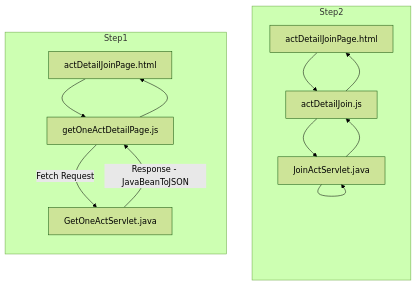
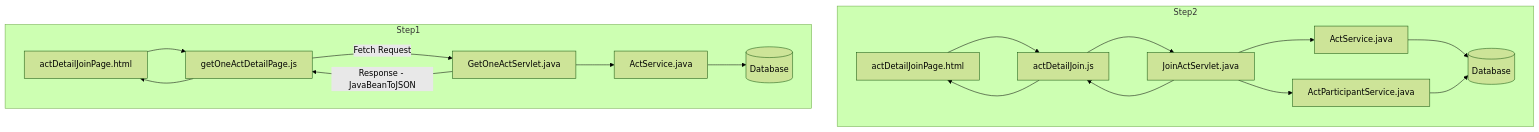
One commit to TLexYuW/CGA103G1OwnPart changed the sixth of 11 diagrams in README.md. Above: the diagram before and after it, drawn with Mermaid (forest theme).

Commit message:
LexVaultBackup: 2022-09-12 16:33:34
Affected files:
README.md

````diff
--- a/README.md
+++ b/README.md
@@ -156,12 +156,14 @@
 ```mermaid
-graph BT
+graph 
 	subgraph Step2
-	aDJP2[actDetailJoinPage.html ] --> aDJ2[actDetailJoin.js] --> JAS[JoinActServlet.java] -->
+	aDJP2[actDetailJoinPage.html ] --> aDJ2[actDetailJoin.js] --> JAS[JoinActServlet.java] --> AS2[ActService.java] --> DB2[(Database)]
+	JAS --> APS[ActParticipantService.java] --> DB2
 	JAS --> aDJ2 --> aDJP2
 	end
 	
 	subgraph Step1
 	aDJP[actDetailJoinPage.html ] --> gOADP[getOneActDetailPage.js] -->|Fetch Request| GOAS[GetOneActServlet.java]
+	--> AS[ActService.java] --> DB[(Database)]
 	GOAS -->|Response - JavaBeanToJSON| gOADP --> aDJP
 	end
 ``` 
````
